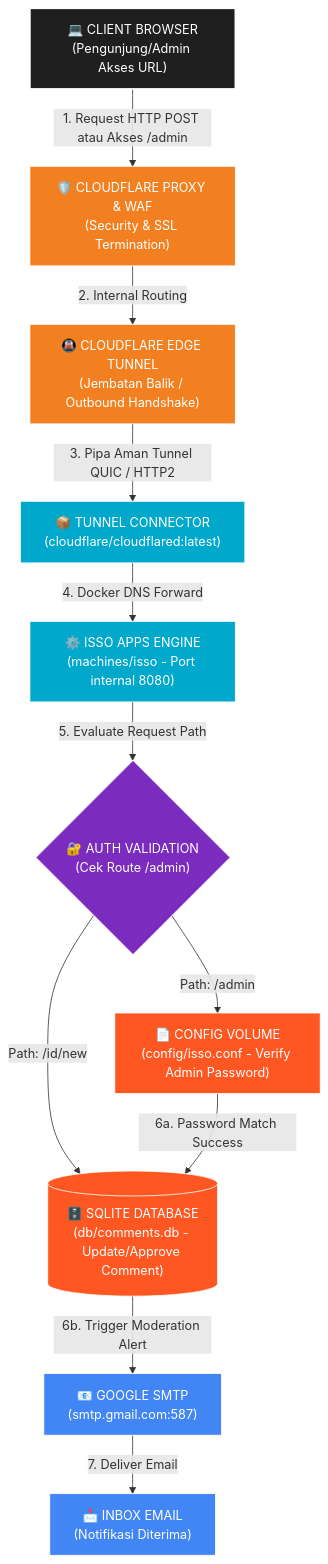
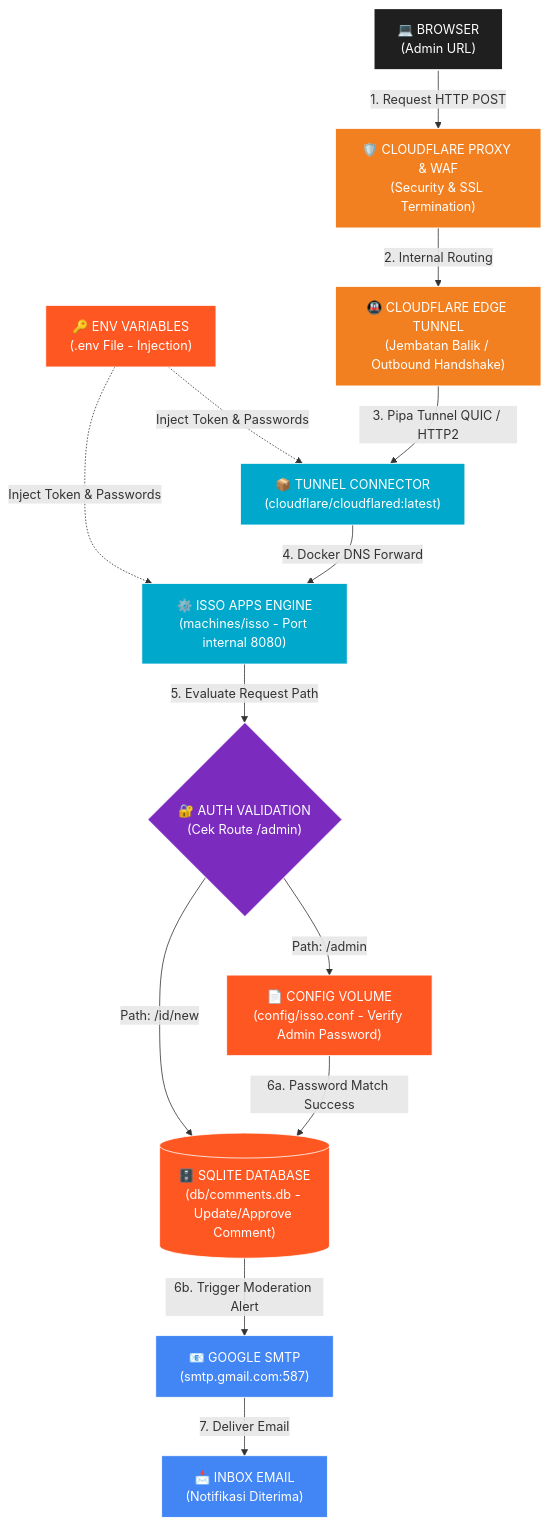
One commit to AdienDendra/architect-web changed the diagram in content.id/projects/web-isso-comment-ionos.md. Above: the diagram before and after it, drawn with Mermaid. The commit also changed other lines of this file and 3 other files, not shown here.

```diff
--- a/content.id/projects/web-isso-comment-ionos.md
+++ b/content.id/projects/web-isso-comment-ionos.md
@@ -10,44 +10,51 @@
 {{< mermaid >}}
 graph TD
     %% Define Styles and Themes (Nuansa dark-mode linear + Admin Route)
     classDef user fill:#1f1f1f,stroke:#fff,stroke-width:2px,color:#fff;
     classDef cloudflare fill:#f38020,stroke:#fff,stroke-width:1px,color:#fff;
     classDef docker fill:#00a8cc,stroke:#fff,stroke-width:1px,color:#fff;
     classDef storage fill:#ff5722,stroke:#fff,stroke-width:1px,color:#fff;
     classDef google fill:#4285F4,stroke:#fff,stroke-width:1px,color:#fff;
     classDef admin fill:#7b2cbf,stroke:#fff,stroke-width:1px,color:#fff;
 
     %% Nodes Configuration (Linear Sequence with Admin Validation)
-    User["💻 CLIENT BROWSER<br>(Pengunjung/Admin Akses URL)"]:::user
+    User["💻 BROWSER<br>(Admin URL)"]:::user
     CF_Proxy["🛡️ CLOUDFLARE PROXY & WAF<br>(Security & SSL Termination)"]:::cloudflare
     CF_Tunnel["🚇 CLOUDFLARE EDGE TUNNEL<br>(Jembatan Balik / Outbound Handshake)"]:::cloudflare
     Cont_Tunnel["📦 TUNNEL CONNECTOR<br>(cloudflare/cloudflared:latest)"]:::docker
     Cont_Isso["⚙️ ISSO APPS ENGINE<br>(machines/isso - Port internal 8080)"]:::docker
+    
+    %% Environment Injection Addition
+    Env_File["🔑 ENV VARIABLES<br>(.env File - Injection)"]:::storage
     
     %% Admin Validation Core
     Admin_Auth{"🔐 AUTH VALIDATION<br>(Cek Route /admin)"}:::admin
     
     %% Storage & Email Branches
     Isso_Conf["📄 CONFIG VOLUME<br>(config/isso.conf - Verify Admin Password)"]:::storage
     Isso_DB[("🗄️ SQLITE DATABASE<br>(db/comments.db - Update/Approve Comment)")]:::storage
     Gmail["📧 GOOGLE SMTP<br>(smtp.gmail.com:587)"]:::google
     Inbox["📩 INBOX EMAIL<br>(Notifikasi Diterima)"]:::google
 
+    %% Initialization Flow
+    Env_File -.->|Inject Token & Passwords| Cont_Tunnel
+    Env_File -.->|Inject Token & Passwords| Cont_Isso
+
     %% Linear Flow Connections
-    User -->|1. Request HTTP POST atau Akses /admin| CF_Proxy
+    User -->|1. Request HTTP POST| CF_Proxy
     CF_Proxy -->|2. Internal Routing| CF_Tunnel
-    CF_Tunnel -->|3. Pipa Aman Tunnel QUIC / HTTP2| Cont_Tunnel
+    CF_Tunnel -->|3. Pipa Tunnel QUIC / HTTP2| Cont_Tunnel
     Cont_Tunnel -->|4. Docker DNS Forward| Cont_Isso
     
     %% Routing Logic inside Isso for Admin and Database
     Cont_Isso -->|5. Evaluate Request Path| Admin_Auth
     
     %% Conditional Branches flowing down
     Admin_Auth -->|Path: /admin| Isso_Conf
     Admin_Auth -->|Path: /id/new| Isso_DB
     
     %% Bottom Sequential Operations
     Isso_Conf -->|6a. Password Match Success| Isso_DB
     Isso_DB -->|6b. Trigger Moderation Alert| Gmail
     Gmail -->|7. Deliver Email| Inbox
-    {{< /mermaid >}}
+{{< /mermaid >}}
```
